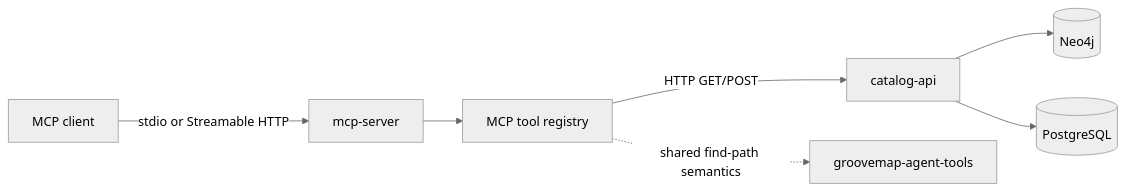
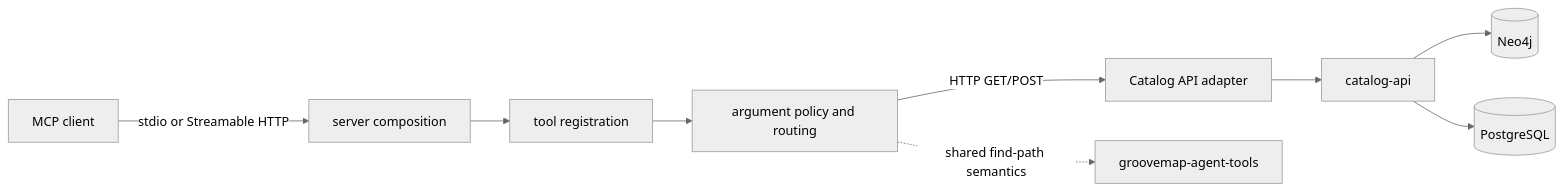
The diagram in docs/architecture.md (groovemap-music/mcp-server), drawn with Mermaid (neutral theme) before and after one commit. The commit also changed other lines of this file and 13 other files, not shown here.

Commit message:
refactor(server): separate composition concerns

````diff
--- a/docs/architecture.md
+++ b/docs/architecture.md
@@ -7,9 +7,11 @@
 ```mermaid
 flowchart LR
-    Client["MCP client"] -->|"stdio or Streamable HTTP"| Server["mcp-server"]
-    Server --> Registry["MCP tool registry"]
-    Registry -->|"HTTP GET/POST"| API["catalog-api"]
-    Registry -. "shared find-path semantics" .-> Tools["groovemap-agent-tools"]
+    Client["MCP client"] -->|"stdio or Streamable HTTP"| Root["server composition"]
+    Root --> Registry["tool registration"]
+    Registry --> Routing["argument policy and routing"]
+    Routing -->|"HTTP GET/POST"| Adapter["Catalog API adapter"]
+    Adapter --> API["catalog-api"]
+    Routing -. "shared find-path semantics" .-> Tools["groovemap-agent-tools"]
     API --> Neo4j[(Neo4j)]
     API --> Postgres[(PostgreSQL)]
 ```
````
